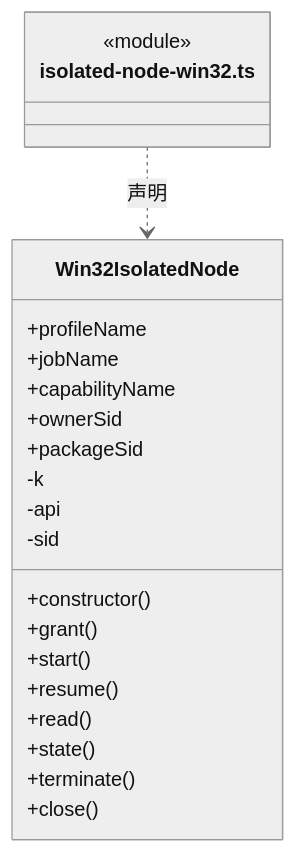
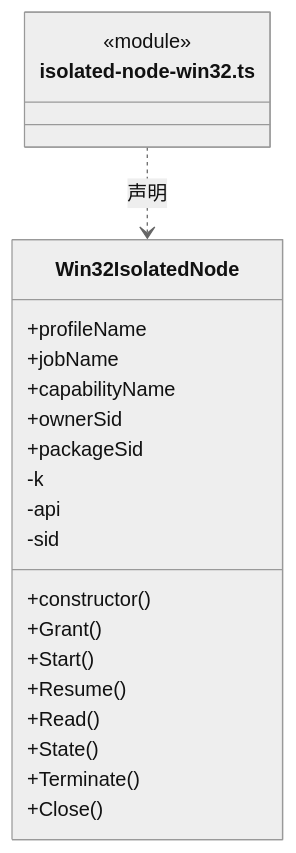
The third of 15 diagrams in src/logic/file-operations/platform/isolation/ARCHITECTURE.md (nan023062/cbim), drawn with Mermaid (neutral theme) before and after one commit. The commit also changed other lines of this file and 1035 other files, not shown here.

````diff
--- a/src/logic/file-operations/platform/isolation/ARCHITECTURE.md
+++ b/src/logic/file-operations/platform/isolation/ARCHITECTURE.md
@@ -68,25 +68,25 @@
 ```mermaid
 classDiagram
 class N_src_logic_file_operations_platform_isolation_isolated_node_win32_ts["isolated-node-win32.ts"] {
   <<module>>
 }
 class N_src_logic_file_operations_platform_isolation_isolated_node_win32_ts_Win32IsolatedNode["Win32IsolatedNode"] {
   +profileName
   +jobName
   +capabilityName
   +ownerSid
   +packageSid
   +constructor()
-  +grant()
-  +start()
-  +resume()
-  +read()
-  +state()
-  +terminate()
-  +close()
+  +Grant()
+  +Start()
+  +Resume()
+  +Read()
+  +State()
+  +Terminate()
+  +Close()
   -k
   -api
   -sid
 }
 N_src_logic_file_operations_platform_isolation_isolated_node_win32_ts ..> N_src_logic_file_operations_platform_isolation_isolated_node_win32_ts_Win32IsolatedNode : 声明
 ```
````
